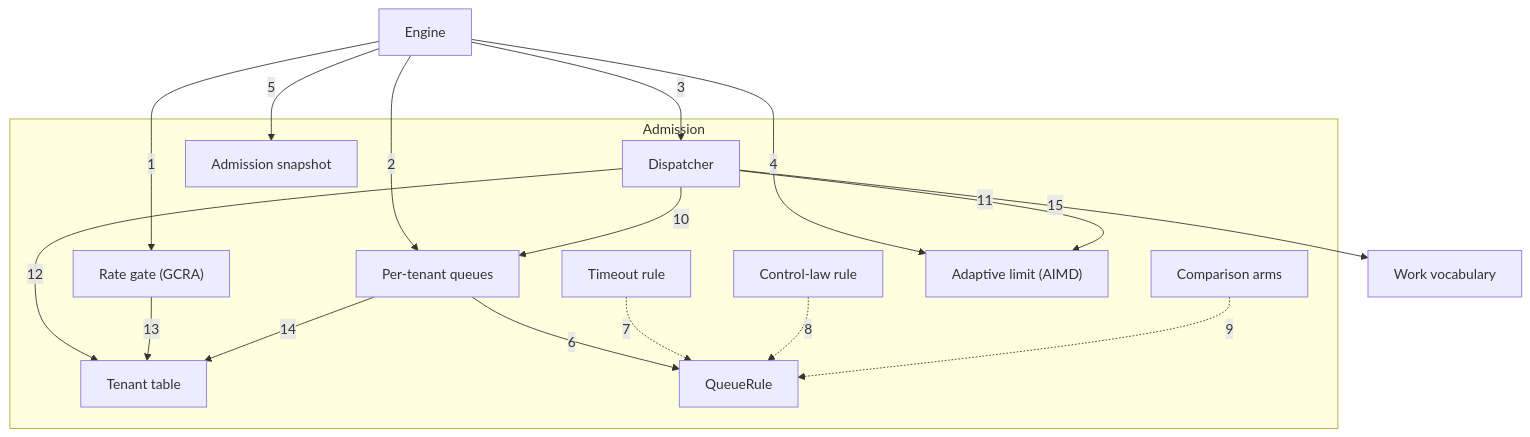
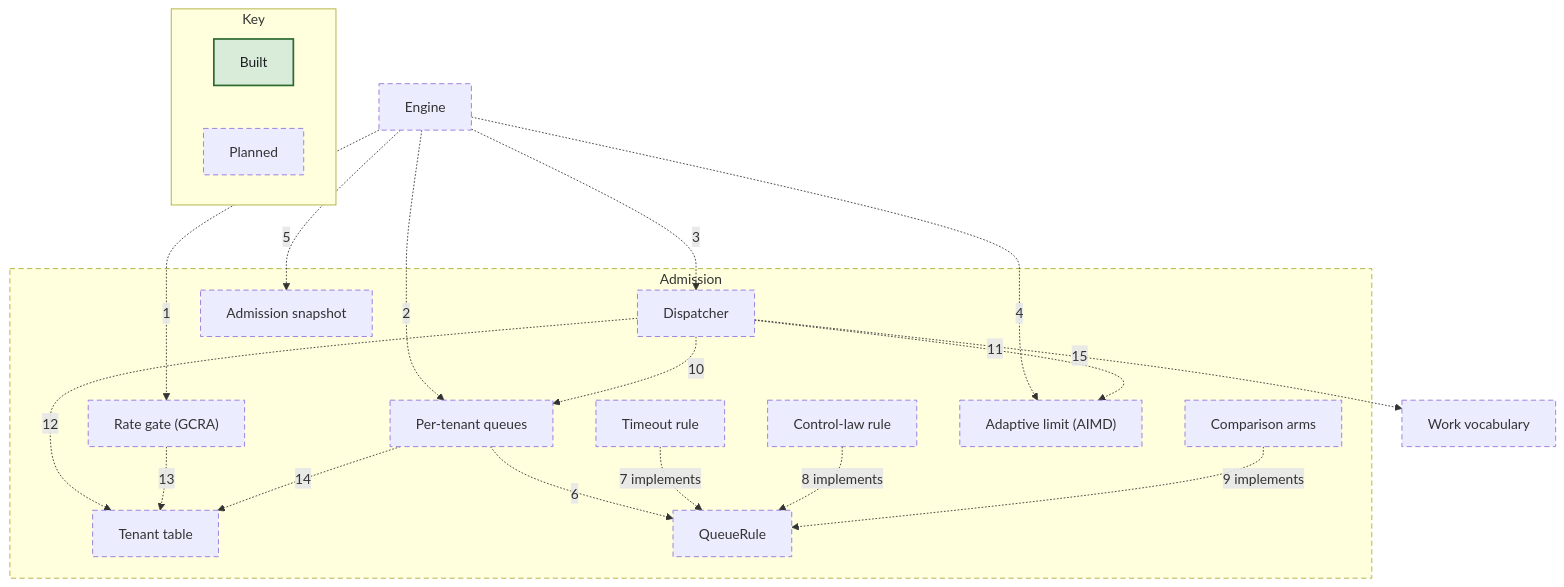
One commit to nickstrad/mini-gateway changed the diagram in docs/c4/diagrams/07-component-admission.mmd. Above: the diagram before and after it, drawn with Mermaid. The commit also changed 28 other files, not shown here.

First line of the commit message:
c4: add the as-built table and mark what chunks 0-1 built

```diff
--- a/docs/c4/diagrams/07-component-admission.mmd
+++ b/docs/c4/diagrams/07-component-admission.mmd
@@ -1,30 +1,37 @@
 flowchart TB
-  N_ENGINE["Engine"]
-  N_WORK["Work vocabulary"]
+  N_ENGINE["Engine"]:::planned
+  N_WORK["Work vocabulary"]:::planned
   subgraph SCOPE["Admission"]
-    A_GATE["Rate gate (GCRA)"]
-    A_TENANTS["Tenant table"]
-    A_QUEUES["Per-tenant queues"]
-    A_RULE["QueueRule"]
-    A_RULE_TIMEOUT["Timeout rule"]
-    A_RULE_LAW["Control-law rule"]
-    A_ARMS["Comparison arms"]
-    A_DISPATCH["Dispatcher"]
-    A_LIMIT["Adaptive limit (AIMD)"]
-    A_SNAP["Admission snapshot"]
+    A_GATE["Rate gate (GCRA)"]:::planned
+    A_TENANTS["Tenant table"]:::planned
+    A_QUEUES["Per-tenant queues"]:::planned
+    A_RULE["QueueRule"]:::planned
+    A_RULE_TIMEOUT["Timeout rule"]:::planned
+    A_RULE_LAW["Control-law rule"]:::planned
+    A_ARMS["Comparison arms"]:::planned
+    A_DISPATCH["Dispatcher"]:::planned
+    A_LIMIT["Adaptive limit (AIMD)"]:::planned
+    A_SNAP["Admission snapshot"]:::planned
   end
-  N_ENGINE -->|1| A_GATE
-  N_ENGINE -->|2| A_QUEUES
-  N_ENGINE -->|3| A_DISPATCH
-  N_ENGINE -->|4| A_LIMIT
-  N_ENGINE -->|5| A_SNAP
-  A_QUEUES -->|6| A_RULE
-  A_RULE_TIMEOUT -.->|7| A_RULE
-  A_RULE_LAW -.->|8| A_RULE
-  A_ARMS -.->|9| A_RULE
-  A_DISPATCH -->|10| A_QUEUES
-  A_DISPATCH -->|11| A_LIMIT
-  A_DISPATCH -->|12| A_TENANTS
-  A_GATE -->|13| A_TENANTS
-  A_QUEUES -->|14| A_TENANTS
-  A_DISPATCH -->|15| N_WORK
+  N_ENGINE -.->|1| A_GATE
+  N_ENGINE -.->|2| A_QUEUES
+  N_ENGINE -.->|3| A_DISPATCH
+  N_ENGINE -.->|4| A_LIMIT
+  N_ENGINE -.->|5| A_SNAP
+  A_QUEUES -.->|6| A_RULE
+  A_RULE_TIMEOUT -.->|7 implements| A_RULE
+  A_RULE_LAW -.->|8 implements| A_RULE
+  A_ARMS -.->|9 implements| A_RULE
+  A_DISPATCH -.->|10| A_QUEUES
+  A_DISPATCH -.->|11| A_LIMIT
+  A_DISPATCH -.->|12| A_TENANTS
+  A_GATE -.->|13| A_TENANTS
+  A_QUEUES -.->|14| A_TENANTS
+  A_DISPATCH -.->|15| N_WORK
+  subgraph KEY["Key"]
+    KEY_BUILT["Built"]:::built
+    KEY_PLANNED["Planned"]:::planned
+  end
+  classDef built fill:#d9ecd9,stroke:#2e6b34,stroke-width:2px,color:#1c1e21
+  classDef planned stroke-width:1px,stroke-dasharray:6 4
+  style SCOPE stroke-dasharray:6 4
```
